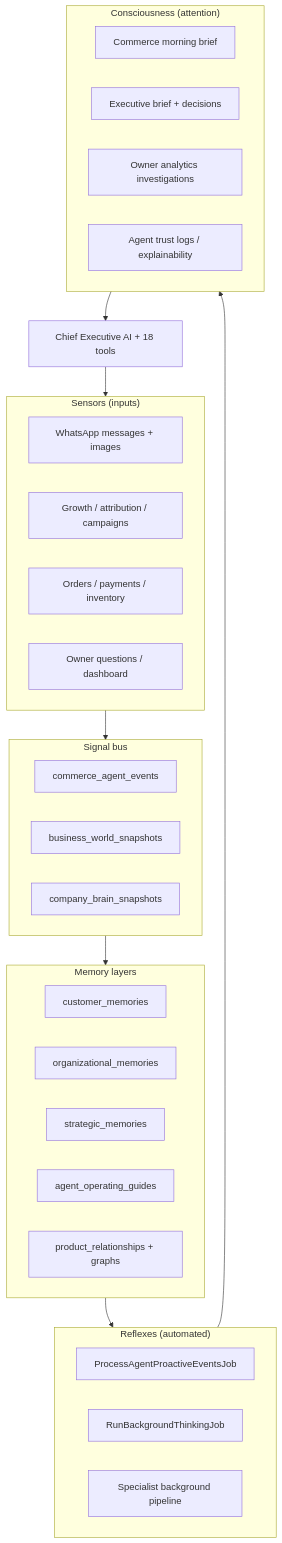
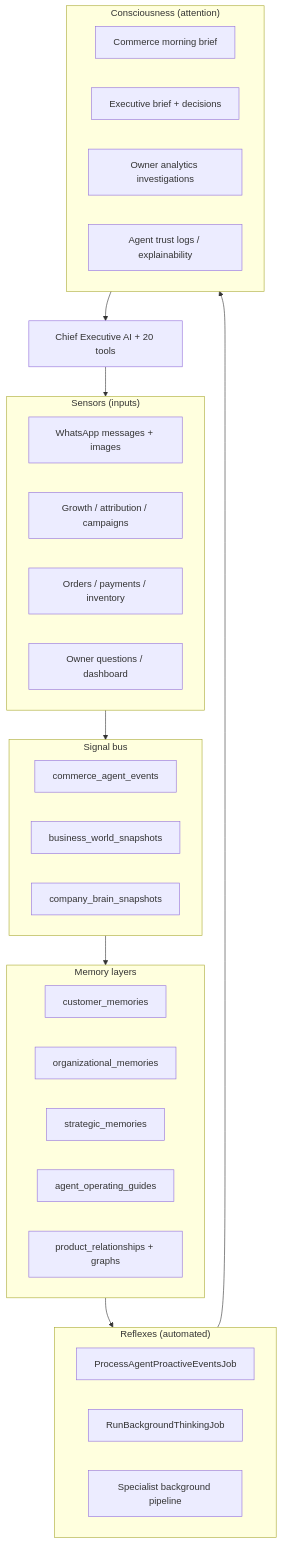
One commit to ManStevoh/SAVIT_CHAT_BOT_SYSTEM changed the diagram in docs/technical/SAVIT_DIGITAL_NERVOUS_SYSTEM.md. Above: the diagram before and after it, drawn with Mermaid. The commit also changed other lines of this file, not shown here.

````diff
--- a/docs/technical/SAVIT_DIGITAL_NERVOUS_SYSTEM.md
+++ b/docs/technical/SAVIT_DIGITAL_NERVOUS_SYSTEM.md
@@ -33,43 +36,43 @@
 ```mermaid
 flowchart TB
     subgraph Sensors["Sensors (inputs)"]
         WA[WhatsApp messages + images]
         GR[Growth / attribution / campaigns]
         OR[Orders / payments / inventory]
         OW[Owner questions / dashboard]
     end
 
     subgraph Signals["Signal bus"]
         EV[commerce_agent_events]
         WM[business_world_snapshots]
         BR[company_brain_snapshots]
     end
 
     subgraph Memory["Memory layers"]
         CM[customer_memories]
         OM[organizational_memories]
         SM[strategic_memories]
         OG[agent_operating_guides]
         KG[product_relationships + graphs]
     end
 
     subgraph Reflexes["Reflexes (automated)"]
         PR[ProcessAgentProactiveEventsJob]
         BG[RunBackgroundThinkingJob]
         SP[Specialist background pipeline]
     end
 
     subgraph Conscious["Consciousness (attention)"]
         BF[Commerce morning brief]
         EX[Executive brief + decisions]
         OA[Owner analytics investigations]
         TL[Agent trust logs / explainability]
     end
 
     Sensors --> Signals
     Signals --> Memory
     Memory --> Reflexes
     Reflexes --> Conscious
-    Conscious --> Chief[Chief Executive AI + 18 tools]
+    Conscious --> Chief[Chief Executive AI + 20 tools]
     Chief --> Sensors
 ```
````
